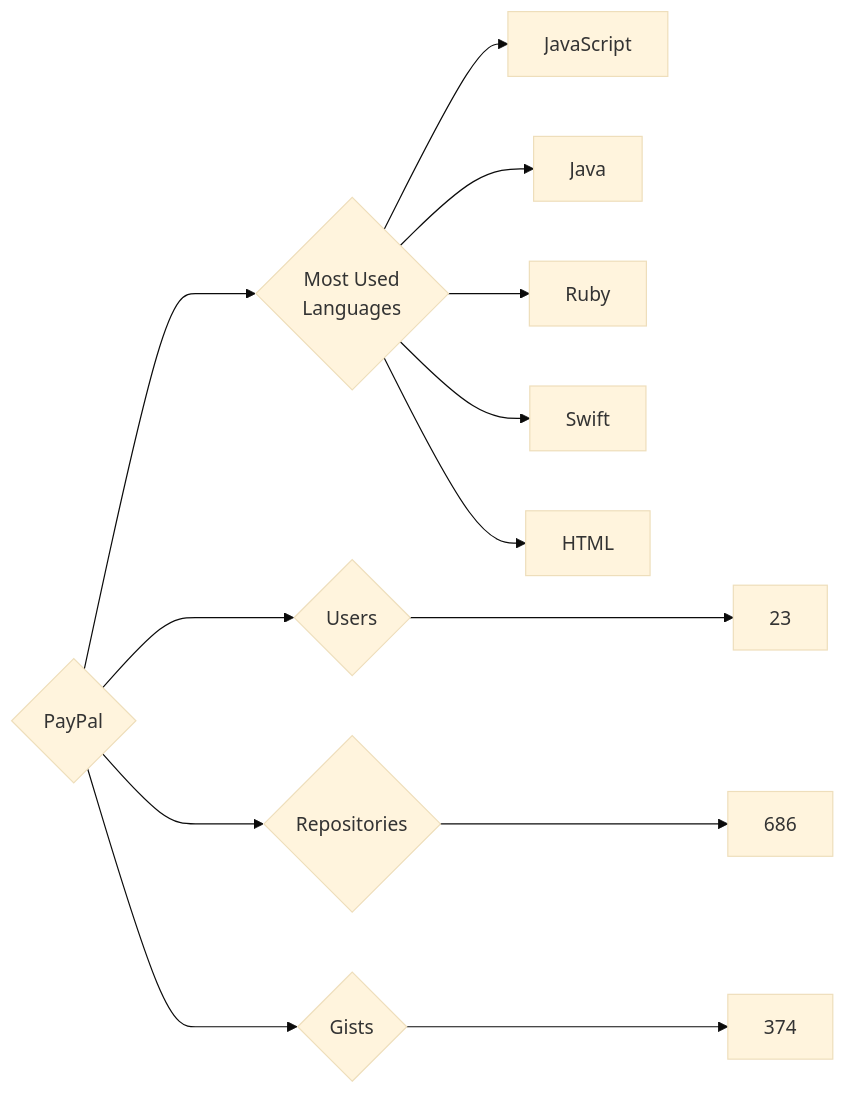
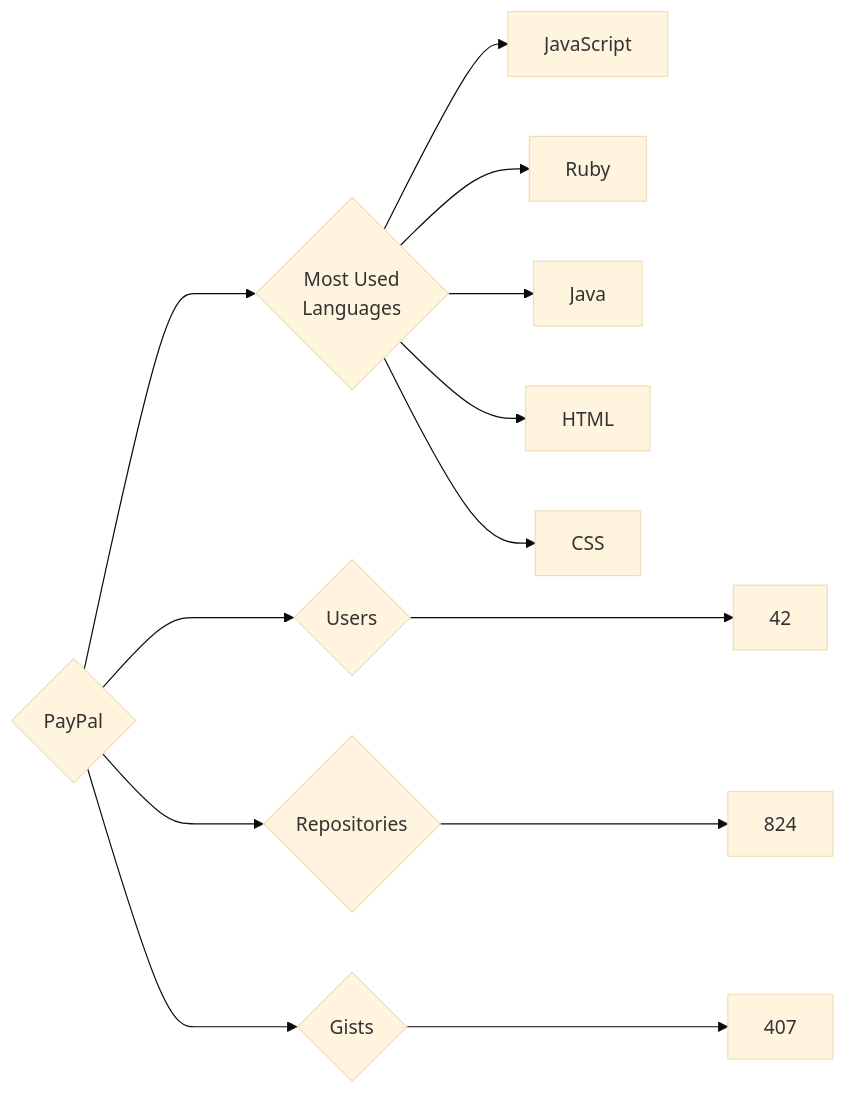
One commit to trickest/insiders changed the diagram in targets/PayPal/README.md. Above: the diagram before and after it, drawn with Mermaid (base theme). The commit also changed 969 other files, not shown here.

````diff
--- a/targets/PayPal/README.md
+++ b/targets/PayPal/README.md
@@ -3,13 +3,13 @@
 ```mermaid
 graph LR
 COMPANY_NAME{PayPal}
-COMPANY_NAME ---> U{Users} ---> UN[23]
-COMPANY_NAME ---> R{Repositories} ---> RN[686]
-COMPANY_NAME ---> G{Gists} ---> GN[374]
+COMPANY_NAME ---> U{Users} ---> UN[42]
+COMPANY_NAME ---> R{Repositories} ---> RN[824]
+COMPANY_NAME ---> G{Gists} ---> GN[407]
 COMPANY_NAME ---> ML{Most Used<br>Languages}
 ML --> JavaScript[JavaScript]
+ML --> Ruby[Ruby]
 ML --> Java[Java]
-ML --> Ruby[Ruby]
-ML --> Swift[Swift]
 ML --> HTML[HTML]
+ML --> CSS[CSS]
 ```
````
